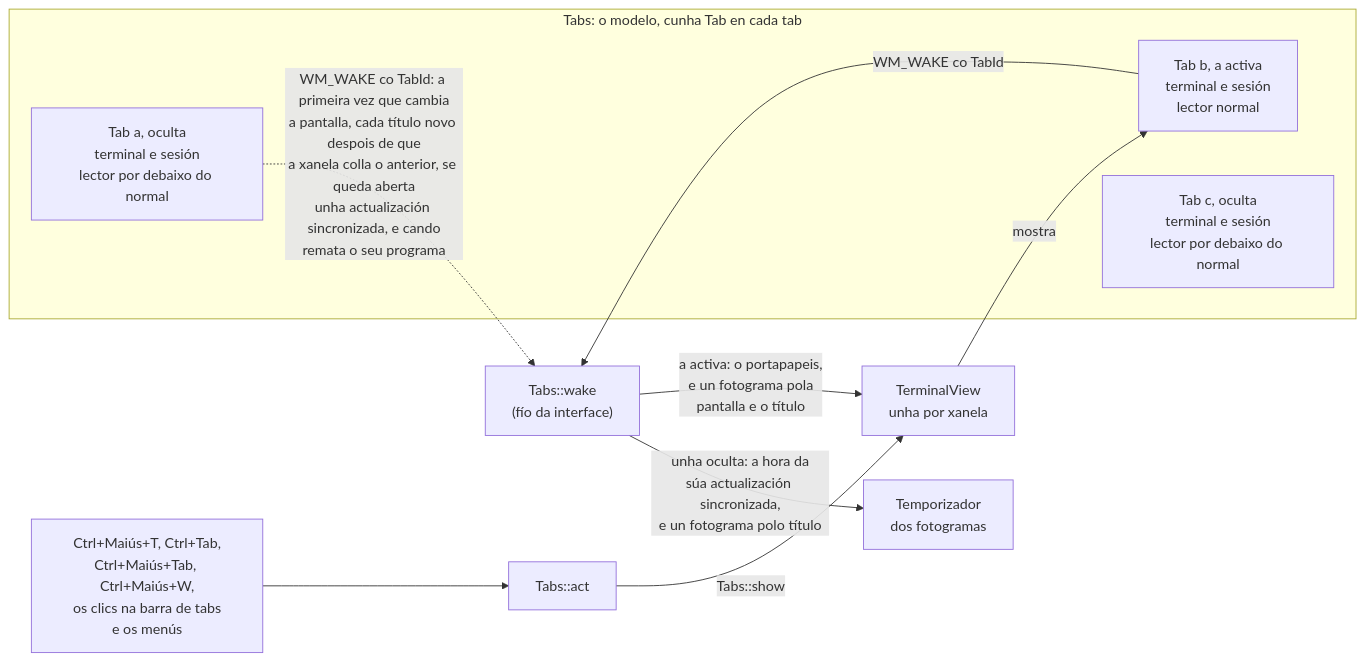
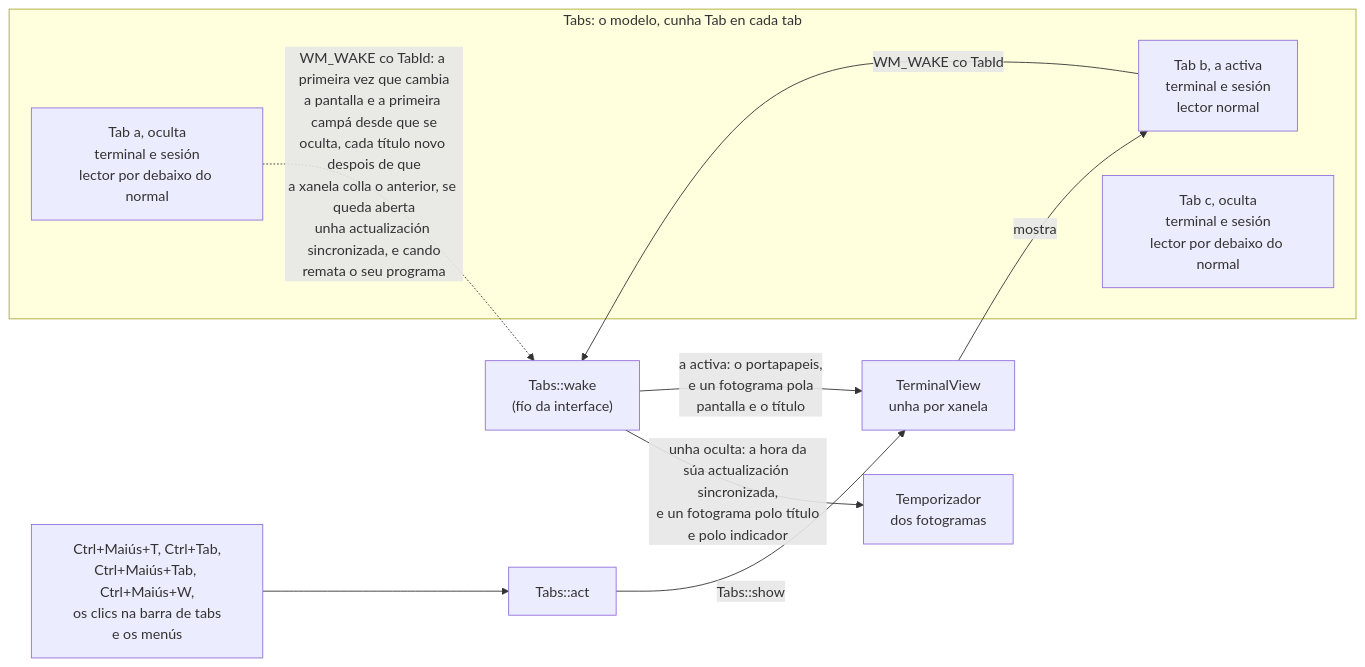
Before and after one commit to NewHouses/meiga: diagram 12 of 21 in docs/arquitectura.md, drawn with Mermaid. The commit also changed other lines of this file and 23 other files, not shown here.

````diff
--- a/docs/arquitectura.md
+++ b/docs/arquitectura.md
@@ -331,15 +331,15 @@
 ```mermaid
 flowchart LR
     subgraph model["Tabs: o modelo, cunha Tab en cada tab"]
         a["Tab a, oculta<br/>terminal e sesión<br/>lector por debaixo do normal"]
         b["Tab b, a activa<br/>terminal e sesión<br/>lector normal"]
         c["Tab c, oculta<br/>terminal e sesión<br/>lector por debaixo do normal"]
     end
     view["TerminalView<br/>unha por xanela"] -- "mostra" --> b
     b -- "WM_WAKE co TabId" --> ui["Tabs::wake<br/>(fío da interface)"]
-    a -. "WM_WAKE co TabId: a primeira vez que cambia<br/>a pantalla, cada título novo despois de que<br/>a xanela colla o anterior, se queda aberta<br/>unha actualización sincronizada, e cando<br/>remata o seu programa" .-> ui
+    a -. "WM_WAKE co TabId: a primeira vez que cambia<br/>a pantalla e a primeira campá desde que se<br/>oculta, cada título novo despois de que<br/>a xanela colla o anterior, se queda aberta<br/>unha actualización sincronizada, e cando<br/>remata o seu programa" .-> ui
     ui -- "a activa: o portapapeis,<br/>e un fotograma pola<br/>pantalla e o título" --> view
-    ui -- "unha oculta: a hora da<br/>súa actualización sincronizada,<br/>e un fotograma polo título" --> timer["Temporizador<br/>dos fotogramas"]
+    ui -- "unha oculta: a hora da<br/>súa actualización sincronizada,<br/>e un fotograma polo título<br/>e polo indicador" --> timer["Temporizador<br/>dos fotogramas"]
     keys["Ctrl+Maiús+T, Ctrl+Tab,<br/>Ctrl+Maiús+Tab, Ctrl+Maiús+W,<br/>os clics na barra de tabs<br/>e os menús"] --> act["Tabs::act"]
     act -- "Tabs::show" --> view
 ```
````
